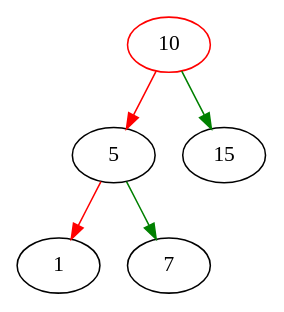
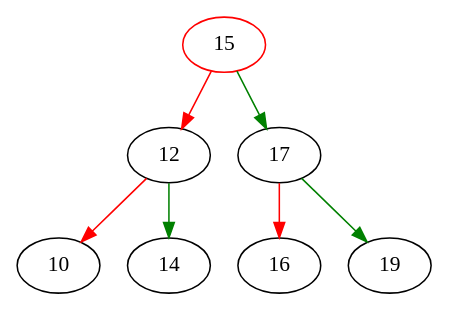
One commit to bsdshell/java changed the diagram in bintree.gv. Above: the diagram before and after it, drawn with Graphviz. The commit also changed 12 other files, not shown here.

```diff
--- a/bintree.gv
+++ b/bintree.gv
@@ -1,7 +1,9 @@
 digraph G{
-10[color=red];
-10->5[color=red];
-5->1[color=red];
-5->7[color=green];
-10->15[color=green];
+15[color=red];
+15->12[color=red];
+12->10[color=red];
+12->14[color=green];
+15->17[color=green];
+17->16[color=red];
+17->19[color=green];
 }
```
